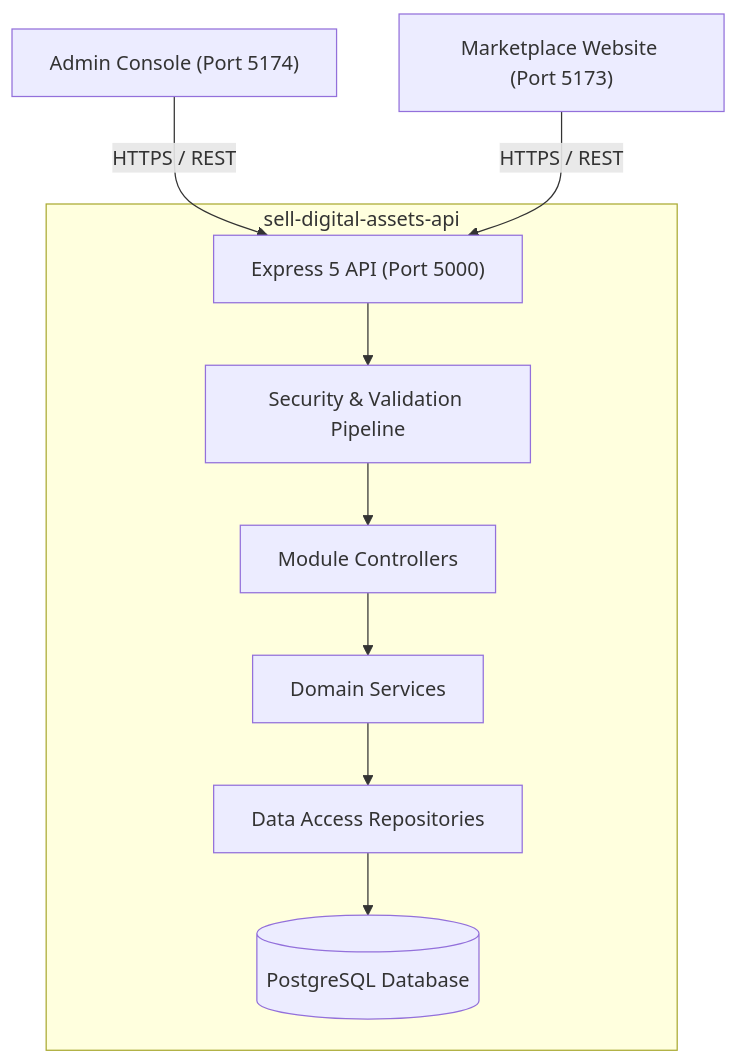
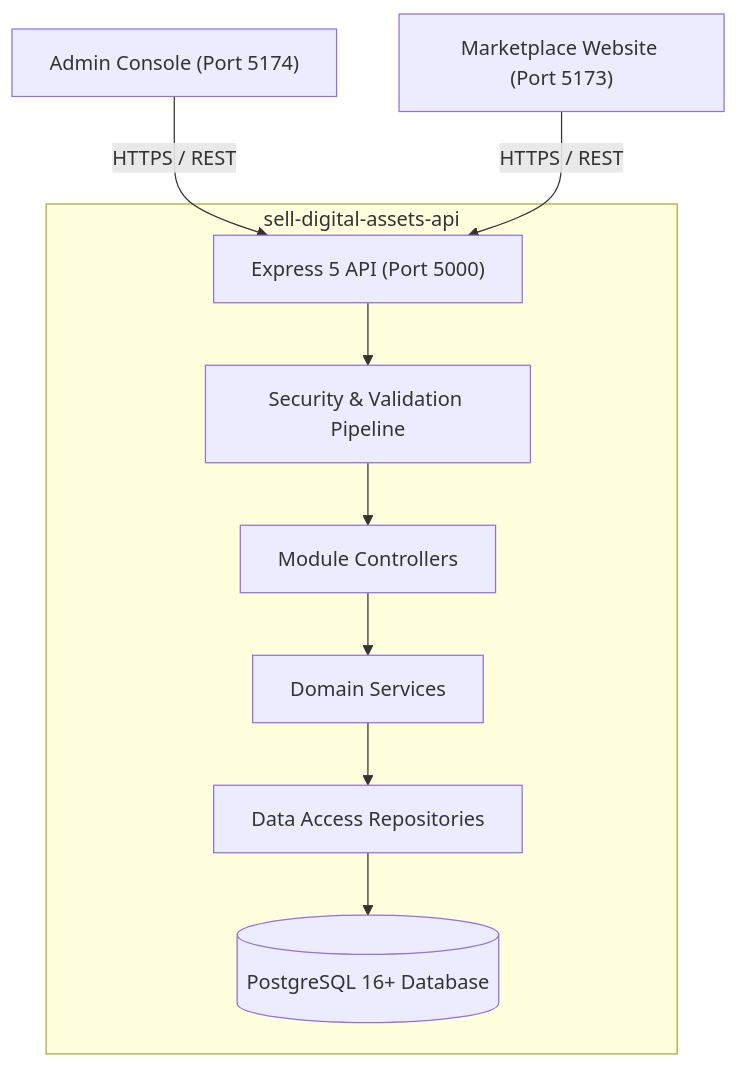
Before and after one commit to majid-superior/sell-digital-assets-api: the first of 3 diagrams in ARCHITECTURE.md, drawn with Mermaid. The commit also changed other lines of this file and 22 other files, not shown here.

````diff
--- a/ARCHITECTURE.md
+++ b/ARCHITECTURE.md
@@ -13,13 +13,13 @@
 ```mermaid
 graph TD
     ClientAdmin["Admin Console (Port 5174)"] -->|HTTPS / REST| API["Express 5 API (Port 5000)"]
     ClientWeb["Marketplace Website (Port 5173)"] -->|HTTPS / REST| API
     
     subgraph "sell-digital-assets-api"
         API --> Middleware["Security & Validation Pipeline"]
         Middleware --> Controllers["Module Controllers"]
         Controllers --> Services["Domain Services"]
         Services --> Repositories["Data Access Repositories"]
-        Repositories --> DB[("PostgreSQL Database")]
+        Repositories --> DB[("PostgreSQL 16+ Database")]
     end
 ```
````
